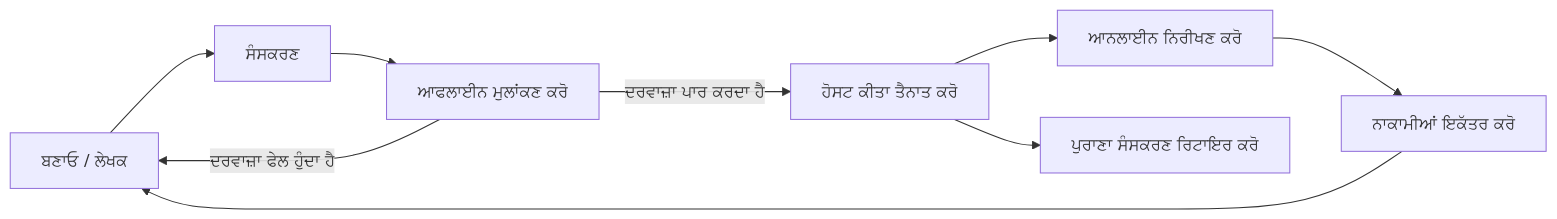
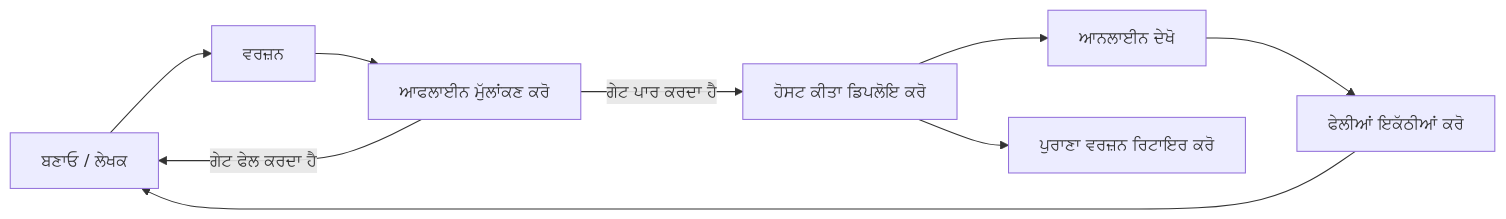
The second of 4 diagrams in mirrors/repos/microsoft@ai-agents-for-beginners/translations/pa/16-deploying-scalable-agents/README.md (gabrielmoreira/agent-skills-mirror), drawn with Mermaid before and after one commit. The commit also changed other lines of this file and 3581 other files, not shown here.

````diff
--- a/mirrors/repos/microsoft@ai-agents-for-beginners/translations/pa/16-deploying-scalable-agents/README.md
+++ b/mirrors/repos/microsoft@ai-agents-for-beginners/translations/pa/16-deploying-scalable-agents/README.md
@@ -108,11 +108,11 @@
 ```mermaid
 flowchart LR
-    Create[ਬਣਾਓ / ਲੇਖਕ] --> Version[ਸੰਸਕਰਣ]
-    Version --> Evaluate[ਆਫਲਾਈਨ ਮੁਲਾਂਕਣ ਕਰੋ]
-    Evaluate -->|ਦਰਵਾਜ਼ਾ ਪਾਰ ਕਰਦਾ ਹੈ| Deploy[ਹੋਸਟ ਕੀਤਾ ਤੈਨਾਤ ਕਰੋ]
-    Evaluate -->|ਦਰਵਾਜ਼ਾ ਫੇਲ ਹੁੰਦਾ ਹੈ| Create
-    Deploy --> Observe[ਆਨਲਾਈਨ ਨਿਰੀਖਣ ਕਰੋ]
-    Observe --> Improve[ਨਾਕਾਮੀਆਂ ਇਕੱਤਰ ਕਰੋ]
+    Create[ਬਣਾਓ / ਲੇਖਕ] --> Version[ਵਰਜ਼ਨ]
+    Version --> Evaluate[ਆਫਲਾਈਨ ਮੁੱਲਾਂਕਣ ਕਰੋ]
+    Evaluate -->|ਗੇਟ ਪਾਰ ਕਰਦਾ ਹੈ| Deploy[ਹੋਸਟ ਕੀਤਾ ਡਿਪਲੋਇ ਕਰੋ]
+    Evaluate -->|ਗੇਟ ਫੇਲ ਕਰਦਾ ਹੈ| Create
+    Deploy --> Observe[ਆਨਲਾਈਨ ਦੇਖੋ]
+    Observe --> Improve[ਫੇਲੀਆਂ ਇਕੱਠੀਆਂ ਕਰੋ]
     Improve --> Create
-    Deploy --> Retire[ਪੁਰਾਣਾ ਸੰਸਕਰਣ ਰਿਟਾਇਰ ਕਰੋ]
+    Deploy --> Retire[ਪੁਰਾਣਾ ਵਰਜ਼ਨ ਰਿਟਾਇਰ ਕਰੋ]
 ```
````
